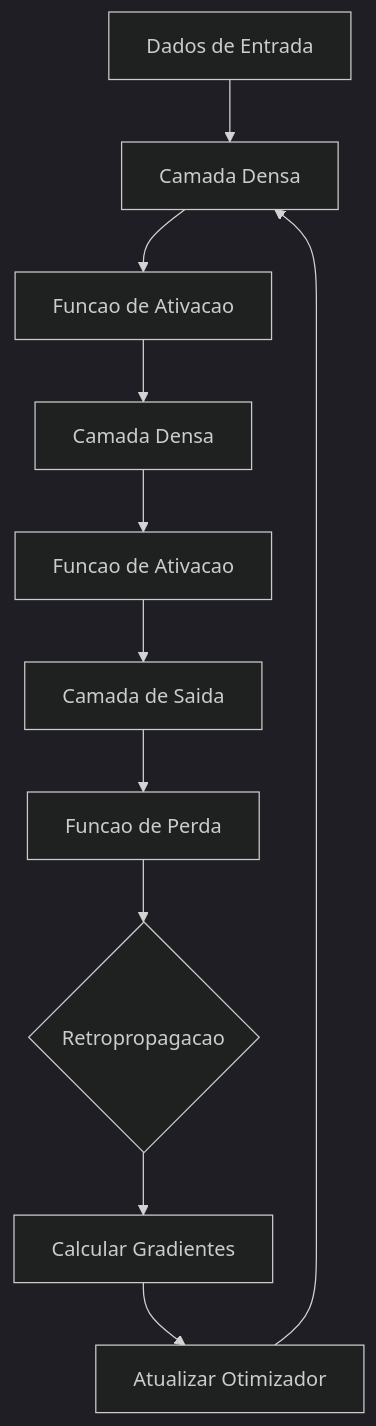
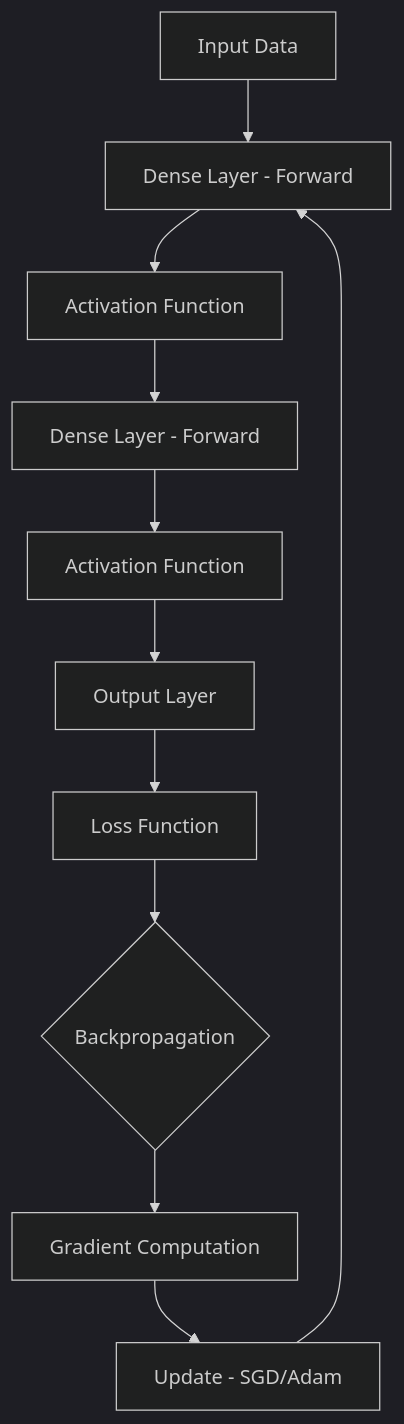
One commit to galafis/Neural-Network-Framework changed the third of 4 diagrams in README.md. Above: the diagram before and after it, drawn with Mermaid (dark theme). The commit also changed other lines of this file and 1 other file, not shown here.

````diff
--- a/README.md
+++ b/README.md
@@ -133,13 +206,13 @@
 ```mermaid
 graph TD
-    A[Dados de Entrada] --> B[Camada Densa]
-    B --> C[Funcao de Ativacao]
-    C --> D[Camada Densa]
-    D --> E[Funcao de Ativacao]
-    E --> F[Camada de Saida]
-    F --> G[Funcao de Perda]
-    G --> H{Retropropagacao}
-    H --> I[Calcular Gradientes]
-    I --> J[Atualizar Otimizador]
+    A[Input Data] --> B[Dense Layer - Forward]
+    B --> C[Activation Function]
+    C --> D[Dense Layer - Forward]
+    D --> E[Activation Function]
+    E --> F[Output Layer]
+    F --> G[Loss Function]
+    G --> H{Backpropagation}
+    H --> I[Gradient Computation]
+    I --> J[Update - SGD/Adam]
     J --> B
 ```
````
